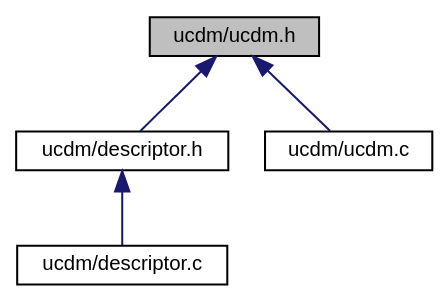
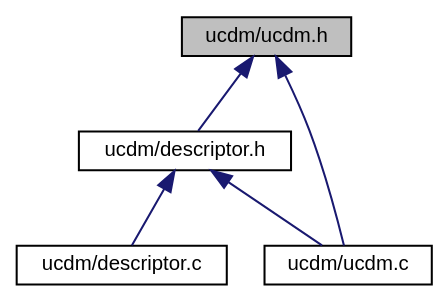
One commit to ebs-universe/piolib-ucdm changed the diagram in ucdm_8h__dep__incl.dot. Above: the diagram before and after it, drawn with Graphviz. The commit also changed 36 other files, not shown here.

```diff
--- a/ucdm_8h__dep__incl.dot
+++ b/ucdm_8h__dep__incl.dot
@@ -1,15 +1,16 @@
 digraph "ucdm/ucdm.h"
 {
  // INTERACTIVE_SVG=YES
  // LATEX_PDF_SIZE
   bgcolor="transparent";
   edge [fontname="Helvetica",fontsize="10",labelfontname="Helvetica",labelfontsize="10"];
   node [fontname="Helvetica",fontsize="10",shape=record];
   Node1 [label="ucdm/ucdm.h",height=0.2,width=0.4,color="black", fillcolor="grey75", style="filled", fontcolor="black",tooltip="Interface and usage of the Unified Configuration and Data Manager."];
   Node1 -> Node2 [dir="back",color="midnightblue",fontsize="10",style="solid",fontname="Helvetica"];
   Node2 [label="ucdm/descriptor.h",height=0.2,width=0.4,color="black",URL="$descriptor_8h.html",tooltip="Descriptor type definitions."];
   Node2 -> Node3 [dir="back",color="midnightblue",fontsize="10",style="solid",fontname="Helvetica"];
   Node3 [label="ucdm/descriptor.c",height=0.2,width=0.4,color="black",URL="$descriptor_8c.html",tooltip="Descriptor type definitions."];
+  Node2 -> Node4 [dir="back",color="midnightblue",fontsize="10",style="solid",fontname="Helvetica"];
+  Node4 [label="ucdm/ucdm.c",height=0.2,width=0.4,color="black",URL="$ucdm_8c.html",tooltip="Implementation the Unified Configuration and Data Manager."];
   Node1 -> Node4 [dir="back",color="midnightblue",fontsize="10",style="solid",fontname="Helvetica"];
-  Node4 [label="ucdm/ucdm.c",height=0.2,width=0.4,color="black",URL="$ucdm_8c.html",tooltip="Implementation the Unified Configuration and Data Manager."];
 }
```
